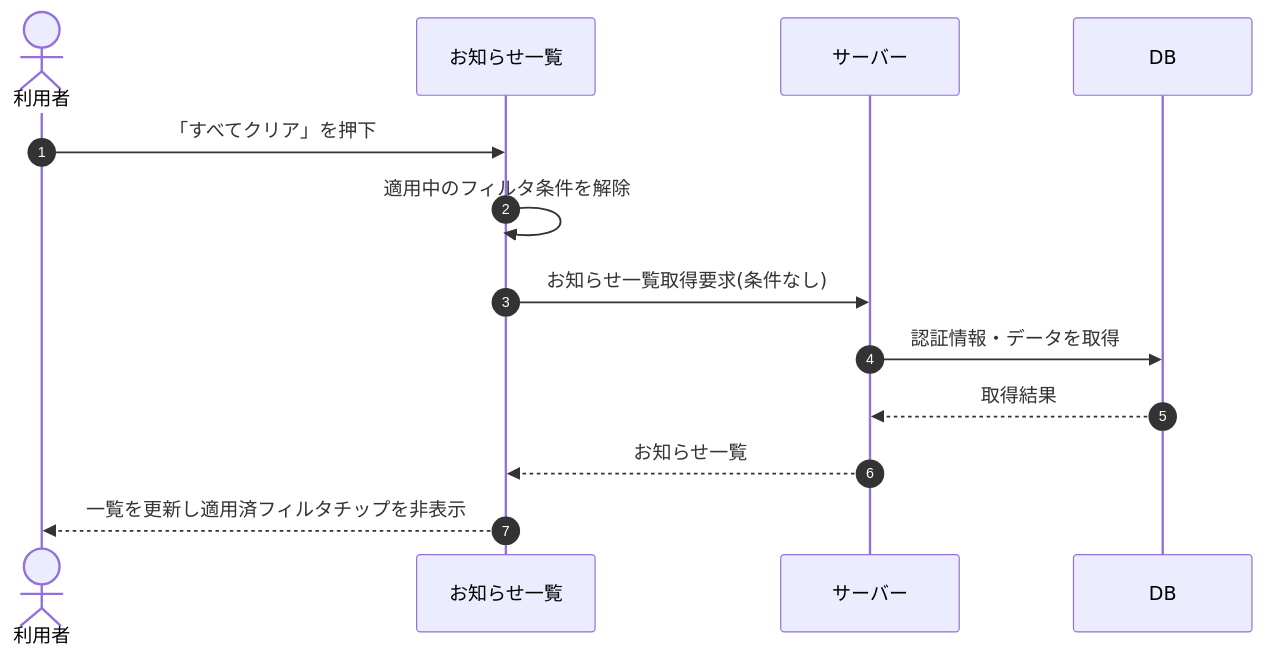
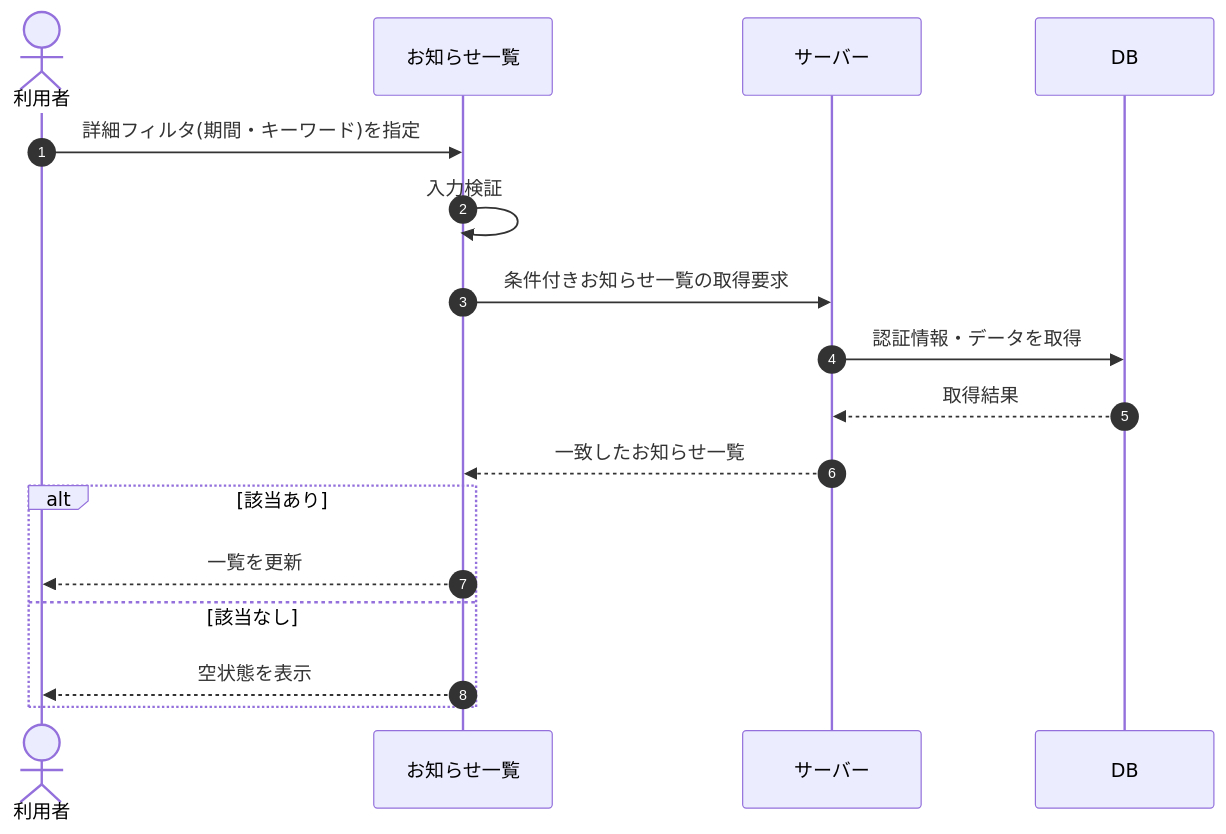
One commit to sikakou54/open-faq changed the diagram in 02_basic_design/03_sequences/SEQ-056.md. Above: the diagram before and after it, drawn with Mermaid. The commit also changed other lines of this file and 395 other files, not shown here.

````diff
--- a/02_basic_design/03_sequences/SEQ-056.md
+++ b/02_basic_design/03_sequences/SEQ-056.md
@@ -25,15 +25,19 @@
 ```mermaid
 sequenceDiagram
   autonumber
   actor U as 利用者
   participant Screen as お知らせ一覧
   participant Server as サーバー
   participant DB as DB
-  U->>Screen: 「すべてクリア」を押下
-  Screen->>Screen: 適用中のフィルタ条件を解除
-  Screen->>Server: お知らせ一覧取得要求(条件なし)
+  U->>Screen: 詳細フィルタ(期間・キーワード)を指定
+  Screen->>Screen: 入力検証
+  Screen->>Server: 条件付きお知らせ一覧の取得要求
   Server->>DB: 認証情報・データを取得
   DB-->>Server: 取得結果
-  Server-->>Screen: お知らせ一覧
-  Screen-->>U: 一覧を更新し適用済フィルタチップを非表示
+  Server-->>Screen: 一致したお知らせ一覧
+  alt 該当あり
+    Screen-->>U: 一覧を更新
+  else 該当なし
+    Screen-->>U: 空状態を表示
+  end
 ```
````
